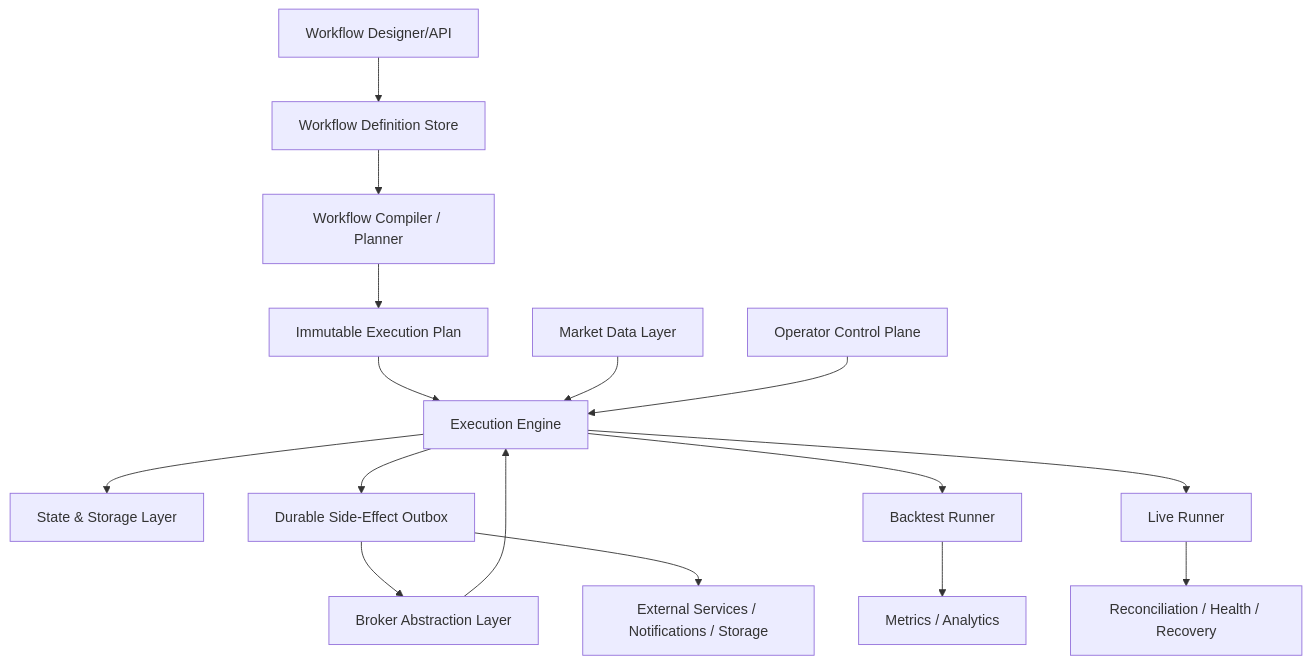
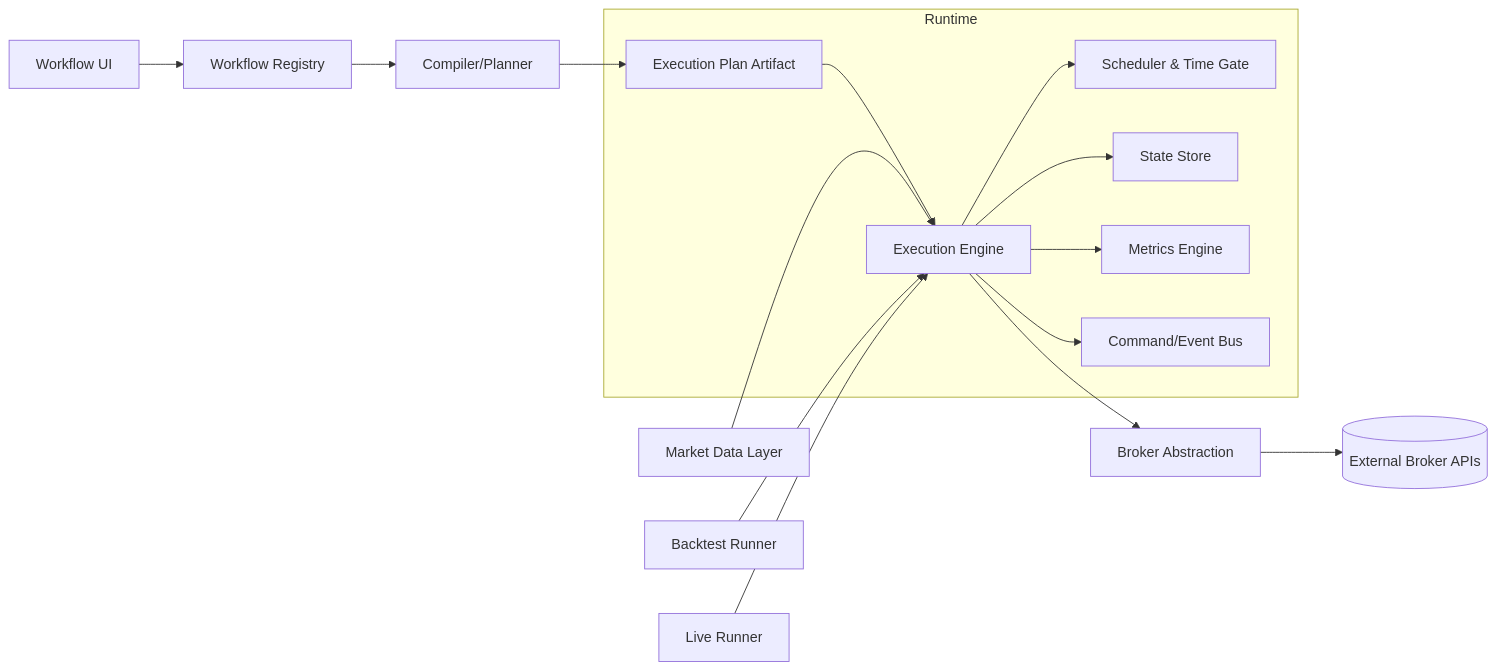
The second of 3 diagrams in docs/coreza-trading-os-architecture-rfc.md (Coreza-io/coreza), drawn with Mermaid before and after one commit. The commit also changed other lines of this file and 4 other files, not shown here.

Commit message:
Stamp workflowSessionId on nodes at load-time entry points

````diff
--- a/docs/coreza-trading-os-architecture-rfc.md
+++ b/docs/coreza-trading-os-architecture-rfc.md
@@ -72,23 +74,21 @@
 ```mermaid
-flowchart TD
-  UI[Workflow Designer/API] --> DEF[Workflow Definition Store]
-  DEF --> COMP[Workflow Compiler / Planner]
+flowchart LR
+    UI[Workflow UI] --> REG[Workflow Registry]
+    REG --> COMP[Compiler/Planner]
+    COMP --> PLAN[Execution Plan Artifact]
 
-  COMP --> PLAN[Immutable Execution Plan]
-  PLAN --> ENG[Execution Engine]
+    subgraph Runtime
+      PLAN --> ENG[Execution Engine]
+      ENG --> SCH[Scheduler & Time Gate]
+      ENG --> STATE[State Store]
+      ENG --> MET[Metrics Engine]
+      ENG --> BUS[Command/Event Bus]
+    end
 
-  MD[Market Data Layer] --> ENG
-  BRK[Broker Abstraction Layer] --> ENG
-  CTRL[Operator Control Plane] --> ENG
+    MD[Market Data Layer] --> ENG
+    ENG --> BRK[Broker Abstraction]
+    BRK --> EXTB[(External Broker APIs)]
 
-  ENG --> STATE[State & Storage Layer]
-  ENG --> OUTBOX[Durable Side-Effect Outbox]
-  OUTBOX --> BRK
-  OUTBOX --> EXT[External Services / Notifications / Storage]
-
-  ENG --> BTR[Backtest Runner]
-  ENG --> LVR[Live Runner]
-
-  BTR --> MET[Metrics / Analytics]
-  LVR --> OPS[Reconciliation / Health / Recovery]
+    BTR[Backtest Runner] --> ENG
+    LVR[Live Runner] --> ENG
 ```
````
